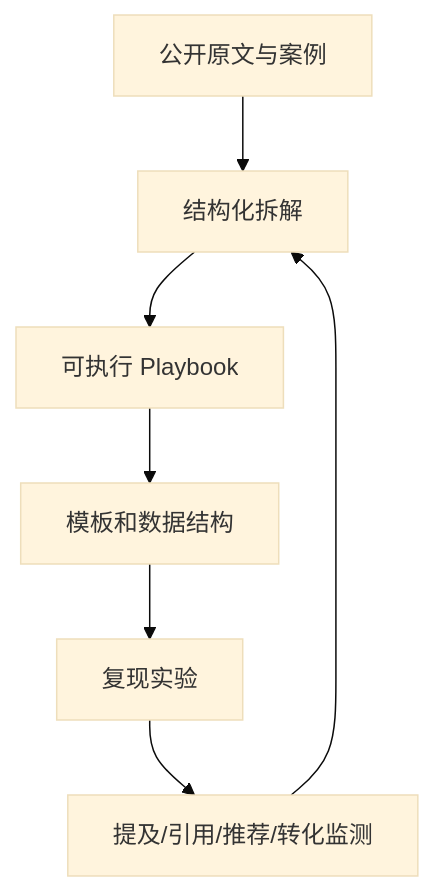
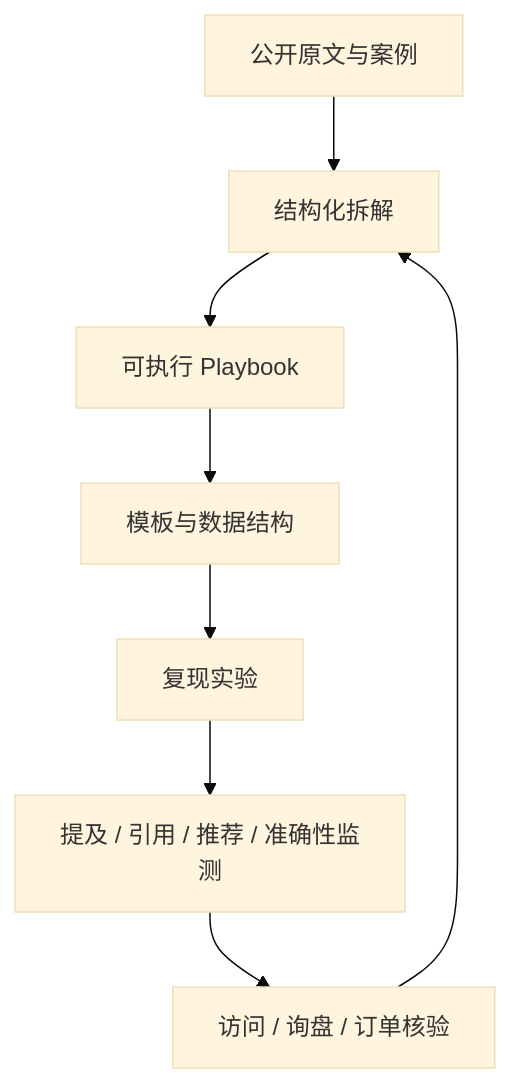
Before and after one commit to ChinaYiqun/GEO-Master: the diagram in README.md, drawn with Mermaid (base theme). The commit also changed other lines of this file, not shown here.

````diff
--- a/README.md
+++ b/README.md
@@ -18,9 +38,10 @@
 ```mermaid
 flowchart TD
     A[公开原文与案例] --> B[结构化拆解]
     B --> C[可执行 Playbook]
-    C --> D[模板和数据结构]
+    C --> D[模板与数据结构]
     D --> E[复现实验]
-    E --> F[提及/引用/推荐/转化监测]
-    F --> B
+    E --> F[提及 / 引用 / 推荐 / 准确性监测]
+    F --> G[访问 / 询盘 / 订单核验]
+    G --> B
 ```
````
